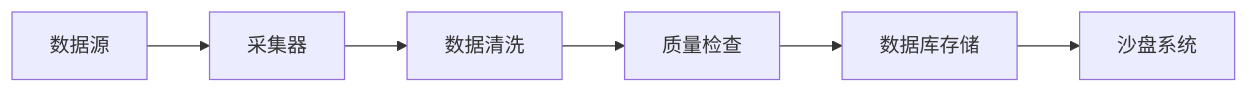
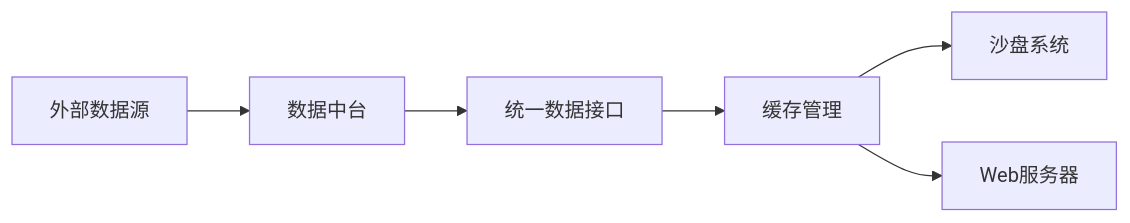
One commit to chensiyi/family-wealth changed the first of 2 diagrams in software-modules/README.md. Above: the diagram before and after it, drawn with Mermaid. The commit also changed other lines of this file, not shown here.

````diff
--- a/software-modules/README.md
+++ b/software-modules/README.md
@@ -60,8 +129,8 @@
 ```mermaid
 graph LR
-    A[数据源] --> B[采集器]
-    B --> C[数据清洗]
-    C --> D[质量检查]
-    D --> E[数据库存储]
-    E --> F[沙盘系统]
+    A[外部数据源] --> B[数据中台]
+    B --> C[统一数据接口]
+    C --> D[缓存管理]
+    D --> E[沙盘系统]
+    D --> F[Web服务器]
 ```
````
